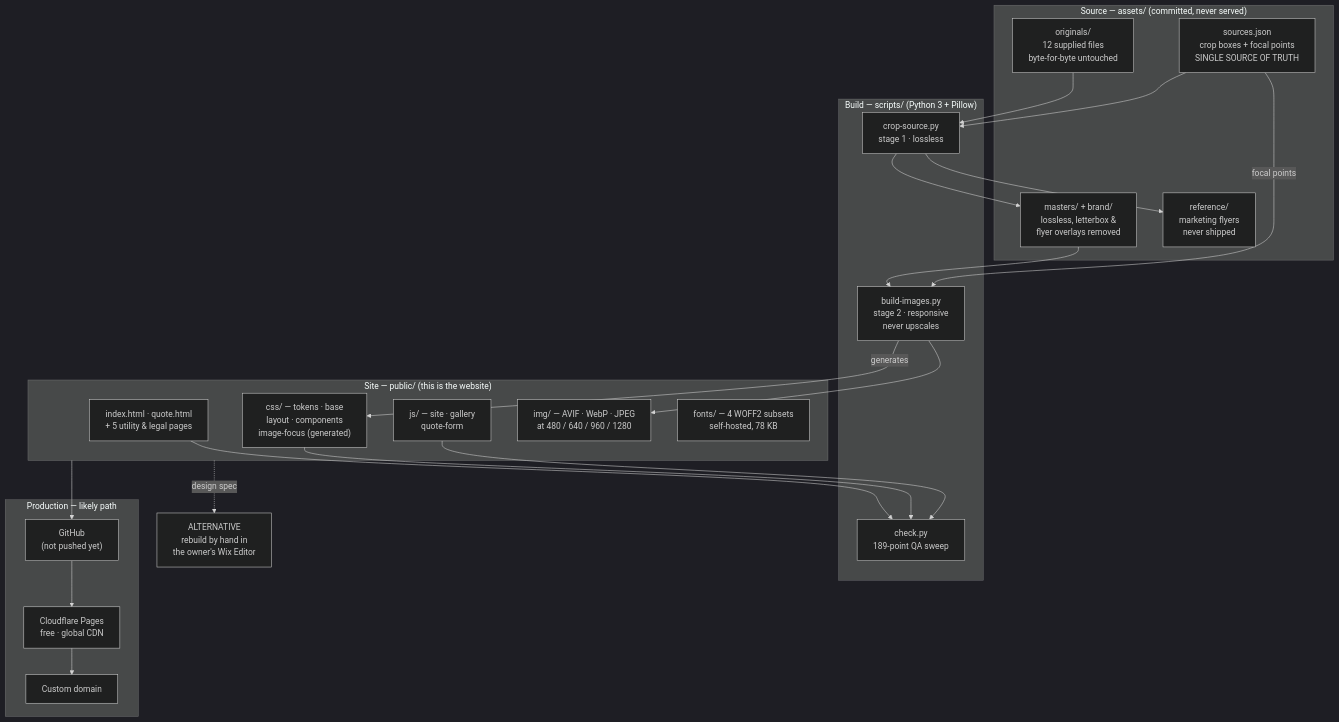
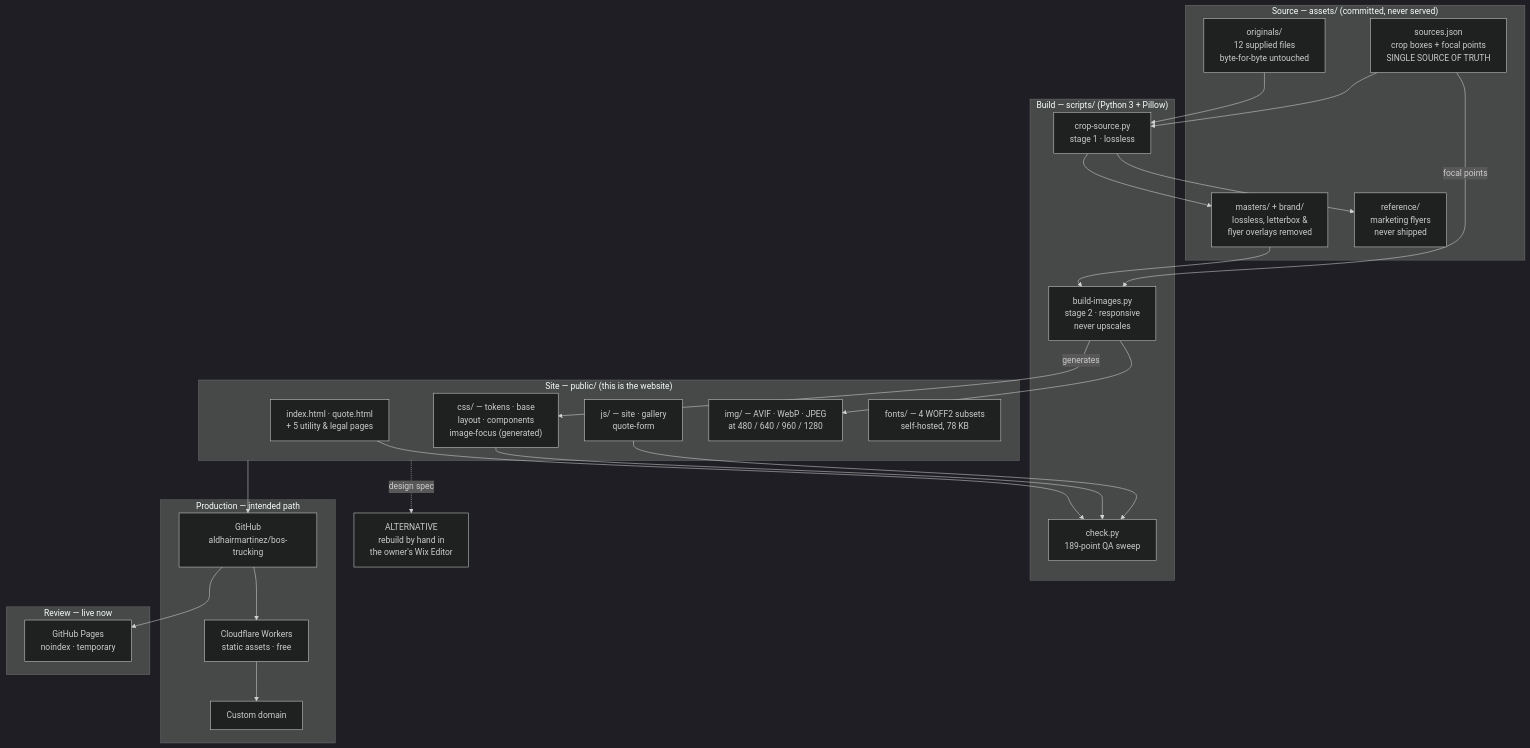
The diagram in README.md (aldhairmartinez/bos-trucking), drawn with Mermaid (dark theme) before and after one commit. The commit also changed other lines of this file and 5 other files, not shown here.

First line of the commit message:
ci: add Cloudflare Workers static-assets configuration

````diff
--- a/README.md
+++ b/README.md
@@ -51,46 +51,51 @@
 ```mermaid
 flowchart TB
   subgraph src["Source — assets/ (committed, never served)"]
     O["originals/<br/>12 supplied files<br/>byte-for-byte untouched"]
     M["sources.json<br/>crop boxes + focal points<br/>SINGLE SOURCE OF TRUTH"]
     MA["masters/ + brand/<br/>lossless, letterbox &amp;<br/>flyer overlays removed"]
     R["reference/<br/>marketing flyers<br/>never shipped"]
   end
 
   subgraph build["Build — scripts/ (Python 3 + Pillow)"]
     C["crop-source.py<br/>stage 1 · lossless"]
     B["build-images.py<br/>stage 2 · responsive<br/>never upscales"]
     K["check.py<br/>189-point QA sweep"]
   end
 
   subgraph site["Site — public/ (this is the website)"]
     H["index.html · quote.html<br/>+ 5 utility &amp; legal pages"]
     CSS["css/ — tokens · base<br/>layout · components<br/>image-focus (generated)"]
     JS["js/ — site · gallery<br/>quote-form"]
     IMG["img/ — AVIF · WebP · JPEG<br/>at 480 / 640 / 960 / 1280"]
     F["fonts/ — 4 WOFF2 subsets<br/>self-hosted, 78 KB"]
   end
 
-  subgraph prod["Production — likely path"]
-    GH["GitHub<br/>(not pushed yet)"]
-    CF["Cloudflare Pages<br/>free · global CDN"]
+  subgraph prod["Production — intended path"]
+    GH["GitHub<br/>aldhairmartinez/bos-trucking"]
+    CF["Cloudflare Workers<br/>static assets · free"]
     DOM["Custom domain"]
+  end
+
+  subgraph review["Review — live now"]
+    GHP["GitHub Pages<br/>noindex · temporary"]
   end
 
   O --> C
   M --> C
   C --> MA
   C --> R
   MA --> B
   M -->|focal points| B
   B --> IMG
   B -->|generates| CSS
   H --> K
   CSS --> K
   JS --> K
 
   site --> GH --> CF --> DOM
+  GH --> GHP
 
   WIX["ALTERNATIVE<br/>rebuild by hand in<br/>the owner's Wix Editor"]
   site -.->|design spec| WIX
 ```
````
